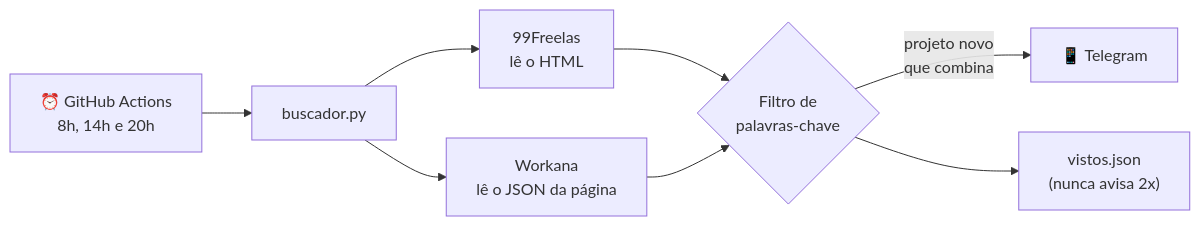
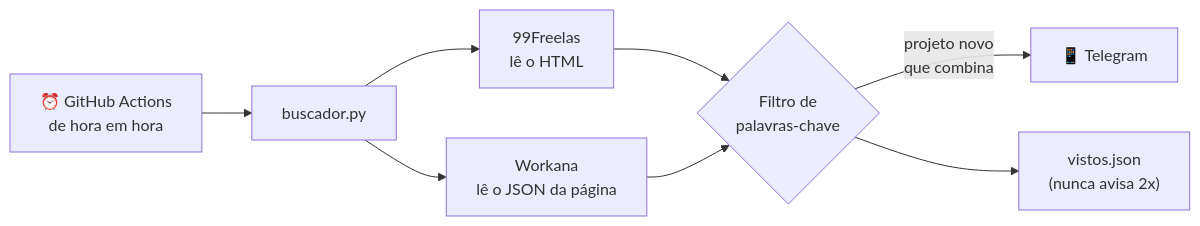
One commit to b4rao-dg/radar-freelas changed the diagram in README.md. Above: the diagram before and after it, drawn with Mermaid. The commit also changed other lines of this file and 5 other files, not shown here.

````diff
--- a/README.md
+++ b/README.md
@@ -20,10 +20,10 @@
 ```mermaid
 flowchart LR
-    A["⏰ GitHub Actions<br/>8h, 14h e 20h"] --> B["buscador.py"]
+    A["⏰ GitHub Actions<br/>de hora em hora"] --> B["buscador.py"]
     B --> C["99Freelas<br/>lê o HTML"]
     B --> D["Workana<br/>lê o JSON da página"]
     C --> E{"Filtro de<br/>palavras-chave"}
     D --> E
     E -->|"projeto novo<br/>que combina"| F["📱 Telegram"]
     E --> G["vistos.json<br/>(nunca avisa 2x)"]
 ```
````
